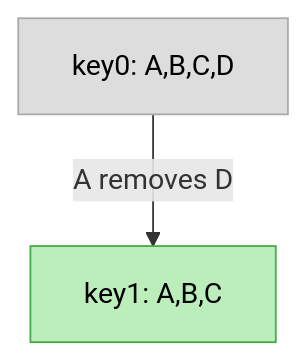
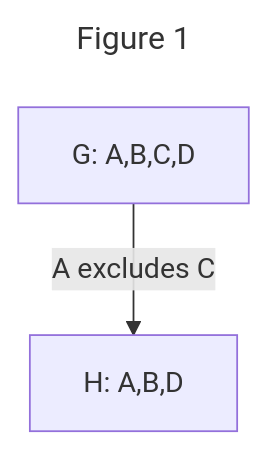
The first of 8 diagrams in README.md (ssbc/ssb-group-exclusion-spec), drawn with Mermaid before and after one commit. The commit also changed other lines of this file, not shown here.

````diff
--- a/README.md
+++ b/README.md
@@ -204,9 +143,8 @@
 ```mermaid
+---
+title: Figure 1
+---
 graph TB;
-  zero[key0: A,B,C,D]
-  zero--"A removes D"-->one[key1: A,B,C]
-  class one winner;
-
-classDef default fill:#ddd,stroke:#aaa,color:#000;
-classDef winner fill:#beb,stroke:#4a4,color:#000;
+  zero[G: A,B,C,D]
+  zero--"A excludes C"-->one[H: A,B,D]
 ```
````
